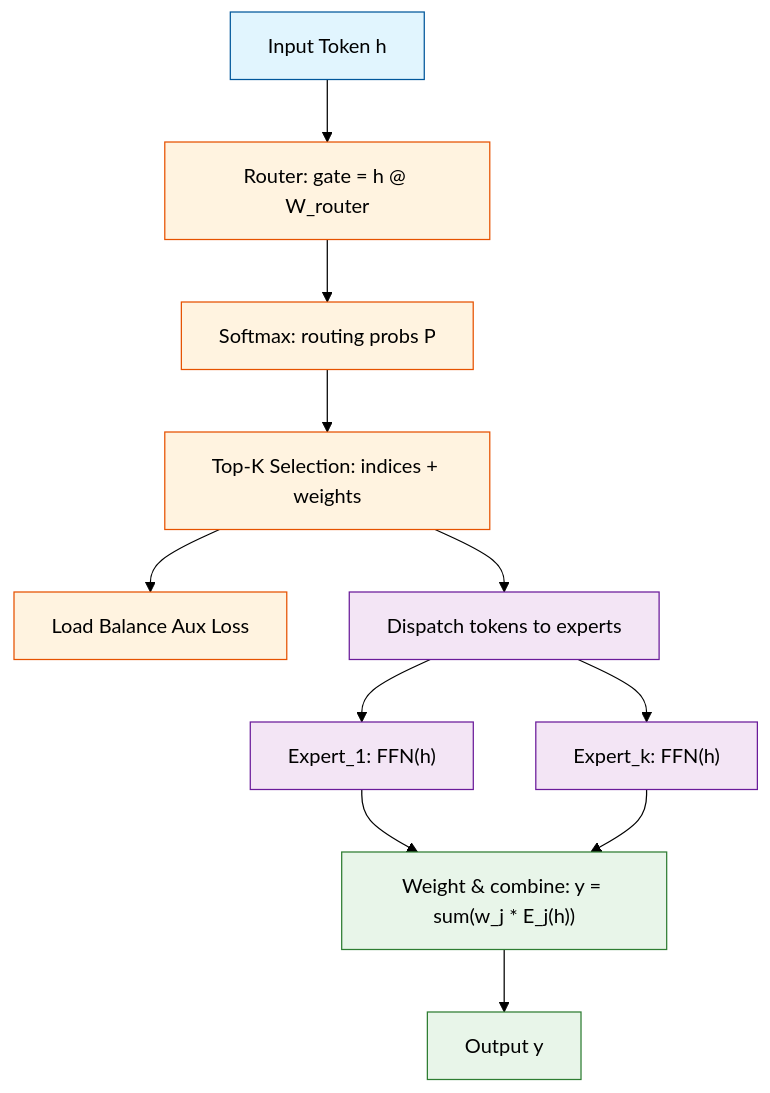
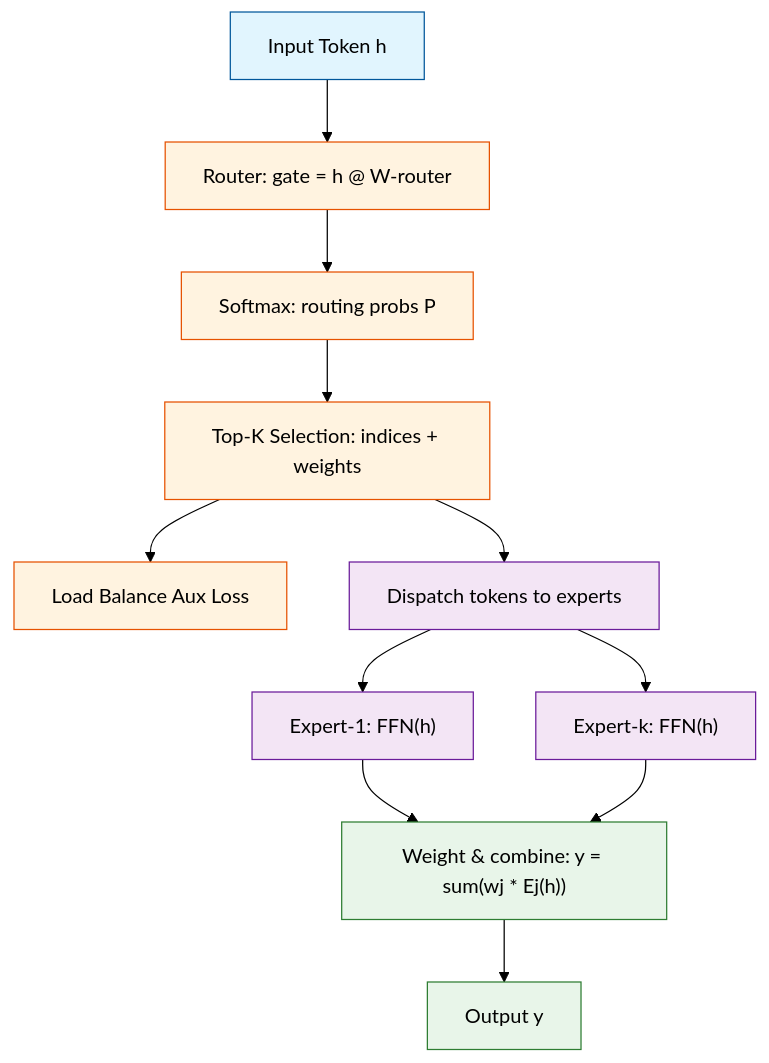
Before and after one commit to Playitcooool/advanced-ai-daily: the diagram in tutorials/en/02-mixture-of-experts.md, drawn with Mermaid (forest theme). The commit also changed other lines of this file and 8 other files, not shown here.

First line of the commit message:
fix: replace problematic underscores in Mermaid diagram labels

````diff
--- a/tutorials/en/02-mixture-of-experts.md
+++ b/tutorials/en/02-mixture-of-experts.md
@@ -68,24 +68,24 @@
 ```mermaid
 flowchart TD
-    A["Input Token h"] --> B["Router: gate = h @ W_router"]
+    A["Input Token h"] --> B["Router: gate = h @ W-router"]
     B --> C["Softmax: routing probs P"]
     C --> D["Top-K Selection: indices + weights"]
     D --> E["Load Balance Aux Loss"]
     D --> F["Dispatch tokens to experts"]
-    F --> G["Expert_1: FFN(h)"]
-    F --> H["Expert_k: FFN(h)"]
-    G --> I["Weight & combine: y = sum(w_j * E_j(h))"]
+    F --> G["Expert-1: FFN(h)"]
+    F --> H["Expert-k: FFN(h)"]
+    G --> I["Weight & combine: y = sum(wj * Ej(h))"]
     H --> I
     I --> J["Output y"]
 
     classDef input fill:#e1f5fe,stroke:#01579b
     classDef routing fill:#fff3e0,stroke:#e65100
     classDef expert fill:#f3e5f5,stroke:#6a1b9a
     classDef output fill:#e8f5e9,stroke:#2e7d32
 
     class A input
     class B,C,D routing
     class E routing
     class F,G,H expert
     class I,J output
 ```
````
